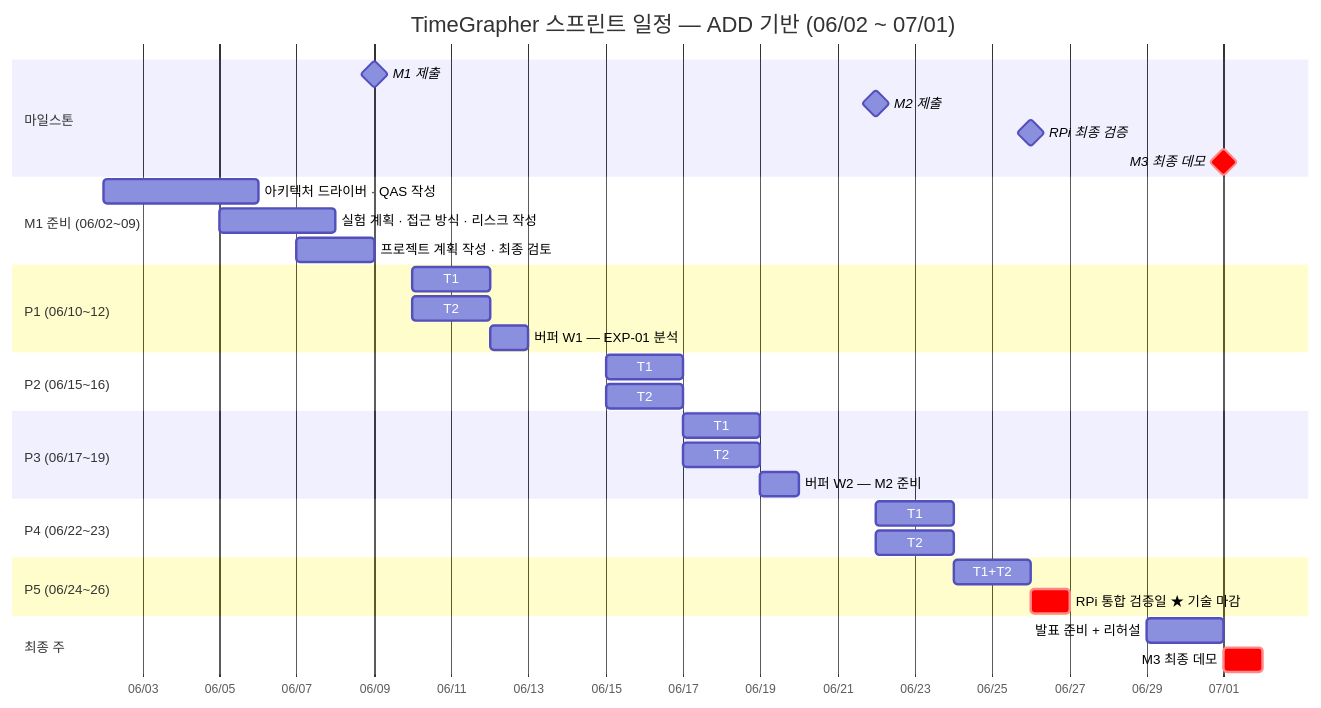
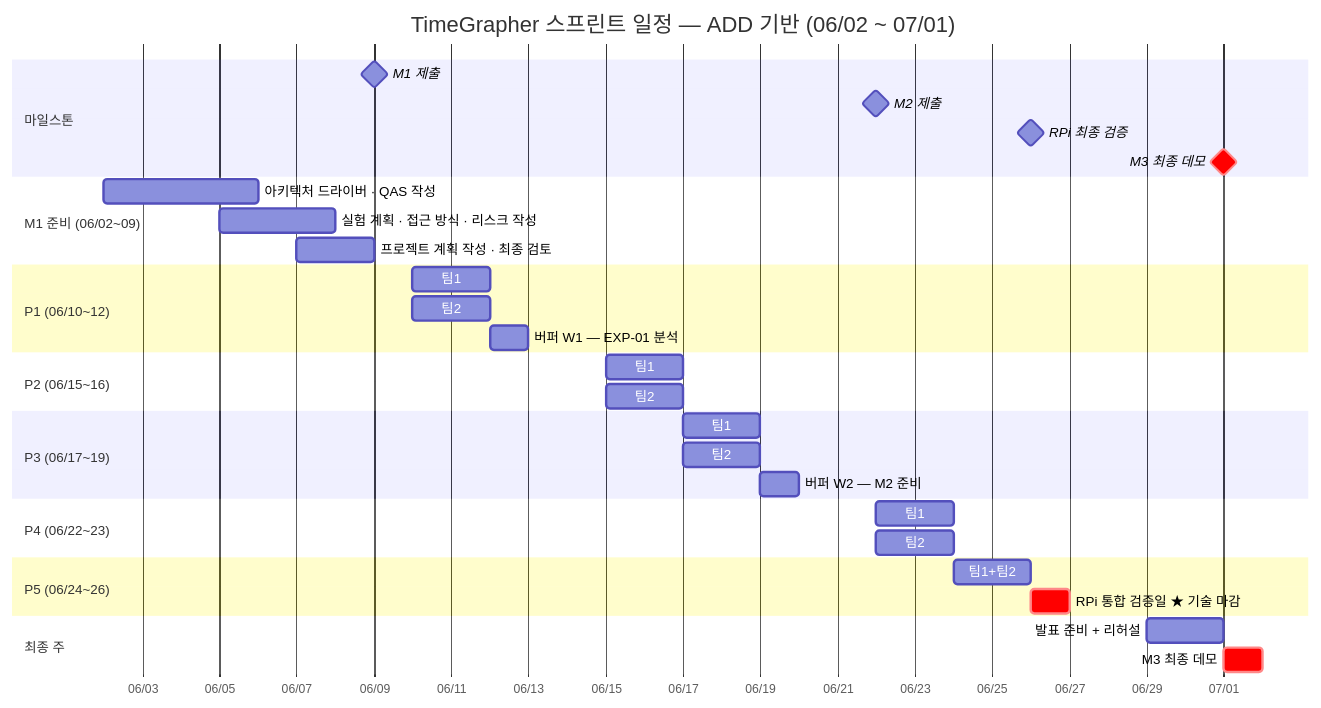
Before and after one commit to Ji-Min-Lee/2026-3-sw-architect-studio-project: the second of 2 diagrams in docs/milestone1/final-presentation-kr/project-plan_kr.md, drawn with Mermaid. The commit also changed other lines of this file, not shown here.

Commit message:
docs: replace T1/T2 (team) with 팀1/팀2 to avoid confusion with audio timestamps

````diff
--- a/docs/milestone1/final-presentation-kr/project-plan_kr.md
+++ b/docs/milestone1/final-presentation-kr/project-plan_kr.md
@@ -150,43 +150,43 @@
 ```mermaid
 gantt
     title TimeGrapher 스프린트 일정 — ADD 기반 (06/02 ~ 07/01)
     dateFormat  YYYY-MM-DD
     axisFormat  %m/%d
 
     section 마일스톤
     M1 제출         :milestone, m1, 2026-06-09, 0d
     M2 제출         :milestone, m2, 2026-06-22, 0d
     RPi 최종 검증  :milestone, rpidone, 2026-06-26, 0d
     M3 최종 데모   :crit, milestone, m3, 2026-07-01, 0d
 
     section M1 준비 (06/02~09)
     아키텍처 드라이버 · QAS 작성          :m1a, 2026-06-02, 4d
     실험 계획 · 접근 방식 · 리스크 작성   :m1b, 2026-06-05, 3d
     프로젝트 계획 작성 · 최종 검토        :m1c, 2026-06-07, 2d
 
     section P1 (06/10~12)
-    T1: QAS-1 실시간 (AP-1+AP-2+EXP-01)  :s1t1, 2026-06-10, 2d
-    T2: QAS-5 기반 (AP-3 설계)            :s1t2, 2026-06-10, 2d
-    버퍼 W1 — EXP-01 분석                 :buf1, 2026-06-12, 1d
+    팀1: QAS-1 실시간 (AP-1+AP-2+EXP-01)  :s1t1, 2026-06-10, 2d
+    팀2: QAS-5 기반 (AP-3 설계)            :s1t2, 2026-06-10, 2d
+    버퍼 W1 — EXP-01 분석                  :buf1, 2026-06-12, 1d
 
     section P2 (06/15~16)
-    T1: QAS-1 완성 (AP-6 폴백)            :s2t1, 2026-06-15, 2d
-    T2: QAS-3 시작 (AP-3+AP-4+EXP-03)    :s2t2, 2026-06-15, 2d
+    팀1: QAS-1 완성 (AP-6 폴백)            :s2t1, 2026-06-15, 2d
+    팀2: QAS-3 시작 (AP-3+AP-4+EXP-03)    :s2t2, 2026-06-15, 2d
 
     section P3 (06/17~19)
-    T1: QAS-2 저지연 (EXP-02+AP-7a)      :s3t1, 2026-06-17, 2d
-    T2: QAS-3 완성 (EXP-03+AP-5)         :s3t2, 2026-06-17, 2d
-    버퍼 W2 — M2 준비                     :buf2, 2026-06-19, 1d
+    팀1: QAS-2 저지연 (EXP-02+AP-7a)      :s3t1, 2026-06-17, 2d
+    팀2: QAS-3 완성 (EXP-03+AP-5)         :s3t2, 2026-06-17, 2d
+    버퍼 W2 — M2 준비                      :buf2, 2026-06-19, 1d
 
     section P4 (06/22~23)
-    T1: QAS-4 사용성 + 핵심 그래프        :s4t1, 2026-06-22, 2d
-    T2: QAS-5 전체 그래프 구현            :s4t2, 2026-06-22, 2d
+    팀1: QAS-4 사용성 + 핵심 그래프        :s4t1, 2026-06-22, 2d
+    팀2: QAS-5 전체 그래프 구현            :s4t2, 2026-06-22, 2d
 
     section P5 (06/24~26)
-    T1+T2: RPi 통합 빌드 + 안정화         :s5, 2026-06-24, 2d
+    팀1+팀2: RPi 통합 빌드 + 안정화        :s5, 2026-06-24, 2d
     RPi 통합 검증일 ★ 기술 마감           :crit, rpiv, 2026-06-26, 1d
 
     section 최종 주
     발표 준비 + 리허설                    :pp, 2026-06-29, 2d
     M3 최종 데모                          :crit, demo, 2026-07-01, 1d
 ```
````
